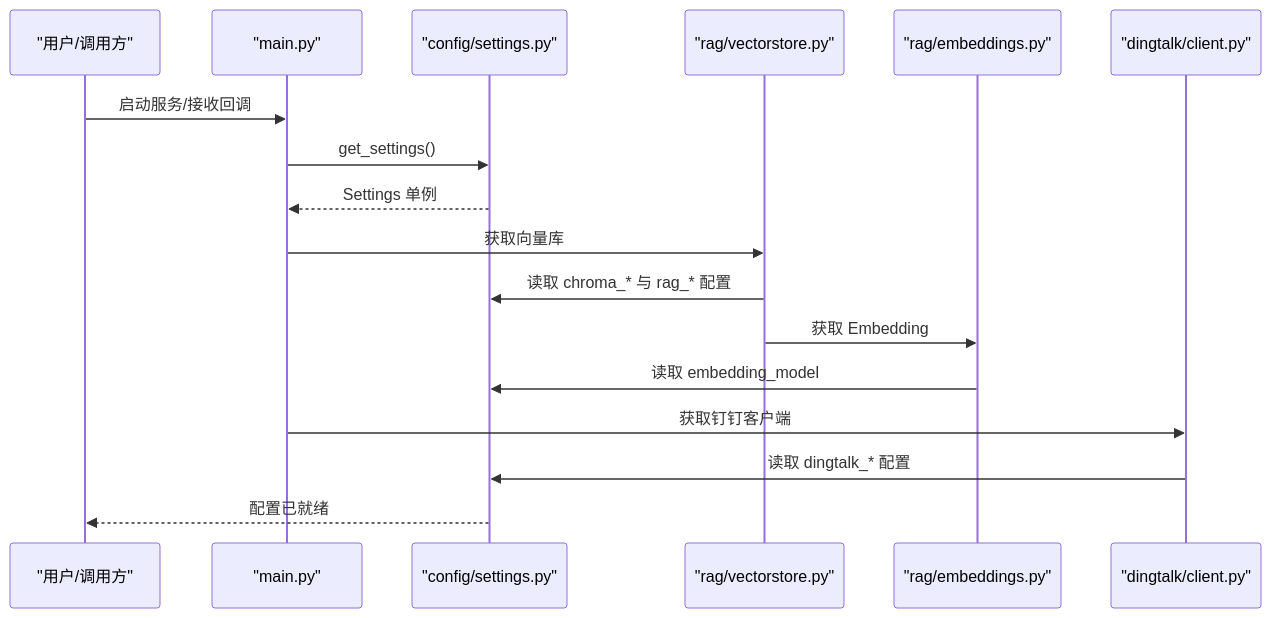
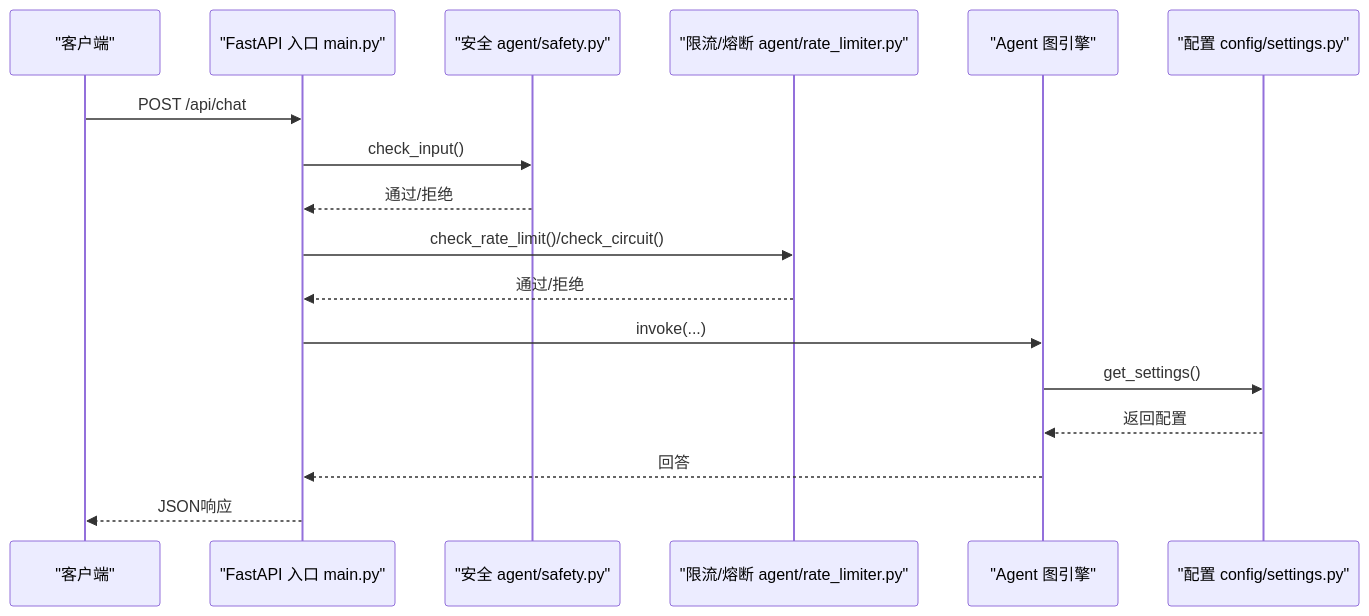
Before and after one commit to Cecil09312/DingDingAIAssistant: the second of 7 diagrams in .qoder/repowiki/zh/content/配置管理.md, drawn with Mermaid. The commit also changed other lines of this file and 81 other files, not shown here.

````diff
--- a/.qoder/repowiki/zh/content/配置管理.md
+++ b/.qoder/repowiki/zh/content/配置管理.md
@@ -78,19 +101,19 @@
 ```mermaid
 sequenceDiagram
-participant U as "用户/调用方"
-participant M as "main.py"
-participant S as "config/settings.py"
-participant V as "rag/vectorstore.py"
-participant E as "rag/embeddings.py"
-participant D as "dingtalk/client.py"
-U->>M : 启动服务/接收回调
-M->>S : get_settings()
-S-->>M : Settings 单例
-M->>V : 获取向量库
-V->>S : 读取 chroma_* 与 rag_* 配置
-V->>E : 获取 Embedding
-E->>S : 读取 embedding_model
-M->>D : 获取钉钉客户端
-D->>S : 读取 dingtalk_* 配置
-S-->>U : 配置已就绪
+participant Client as "客户端"
+participant API as "FastAPI 入口 main.py"
+participant Safety as "安全 agent/safety.py"
+participant RL as "限流/熔断 agent/rate_limiter.py"
+participant Graph as "Agent 图引擎"
+participant Settings as "配置 config/settings.py"
+Client->>API : POST /api/chat
+API->>Safety : check_input()
+Safety-->>API : 通过/拒绝
+API->>RL : check_rate_limit()/check_circuit()
+RL-->>API : 通过/拒绝
+API->>Graph : invoke(...)
+Graph->>Settings : get_settings()
+Settings-->>Graph : 返回配置
+Graph-->>API : 回答
+API-->>Client : JSON响应
 ```
````
